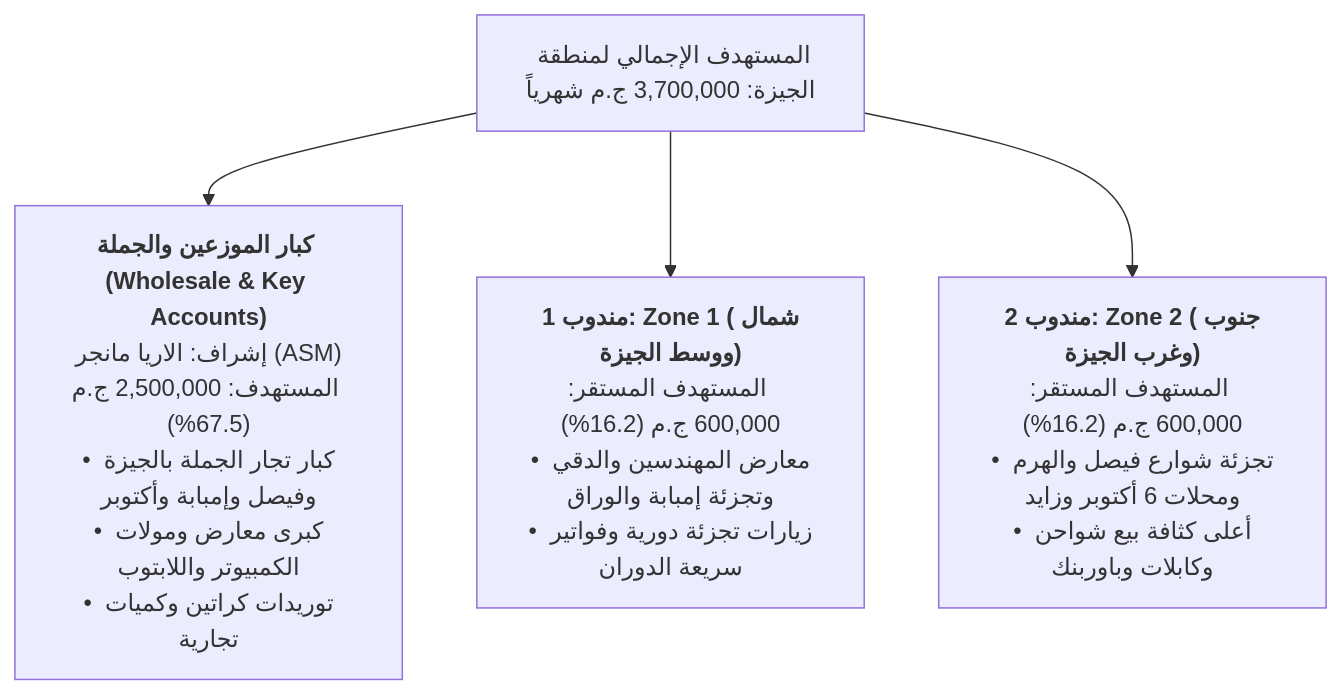
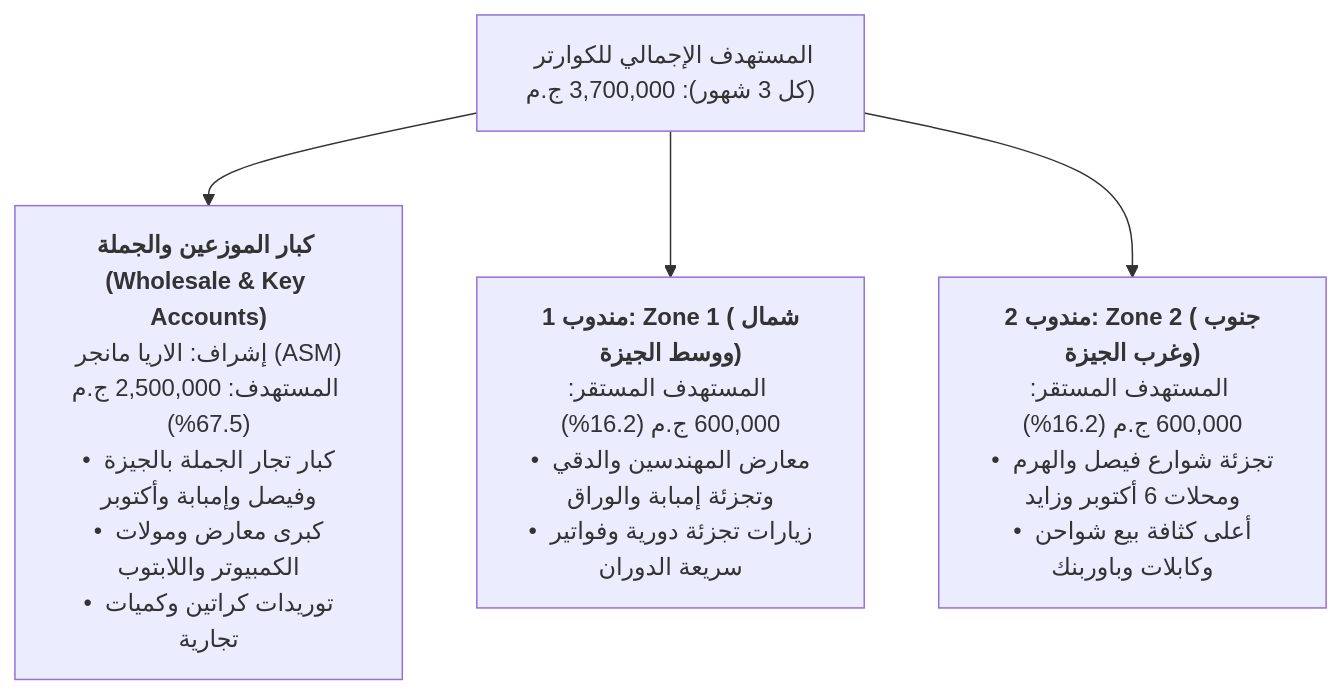
One commit to tetoabdallah-rgb/2b-sales-giza-2027 changed the first of 5 diagrams in Giza_2027_Master_Sales_Strategy.md. Above: the diagram before and after it, drawn with Mermaid. The commit also changed other lines of this file, not shown here.

````diff
--- a/Giza_2027_Master_Sales_Strategy.md
+++ b/Giza_2027_Master_Sales_Strategy.md
@@ -23,10 +23,10 @@
 ```mermaid
 flowchart TD
-    Total["المستهدف الإجمالي لمنطقة الجيزة: 3,700,000 ج.م شهرياً"]
+    Total["المستهدف الإجمالي للكوارتر (كل 3 شهور): 3,700,000 ج.م"]
     
     Total --> ASM["<b>كبار الموزعين والجملة (Wholesale & Key Accounts)</b><br>إشراف: الاريا مانجر (ASM)<br>المستهدف: 2,500,000 ج.م (67.5%)<br>• كبار تجار الجملة بالجيزة وفيصل وإمبابة وأكتوبر<br>• كبرى معارض ومولات الكمبيوتر واللابتوب<br>• توريدات كراتين وكميات تجارية"]
     
     Total --> Rep1["<b>مندوب 1: Zone 1 (شمال ووسط الجيزة)</b><br>المستهدف المستقر: 600,000 ج.م (16.2%)<br>• معارض المهندسين والدقي وتجزئة إمبابة والوراق<br>• زيارات تجزئة دورية وفواتير سريعة الدوران"]
     
     Total --> Rep2["<b>مندوب 2: Zone 2 (جنوب وغرب الجيزة)</b><br>المستهدف المستقر: 600,000 ج.م (16.2%)<br>• تجزئة شوارع فيصل والهرم ومحلات 6 أكتوبر وزايد<br>• أعلى كثافة بيع شواحن وكابلات وباوربنك"]
 ```
````
